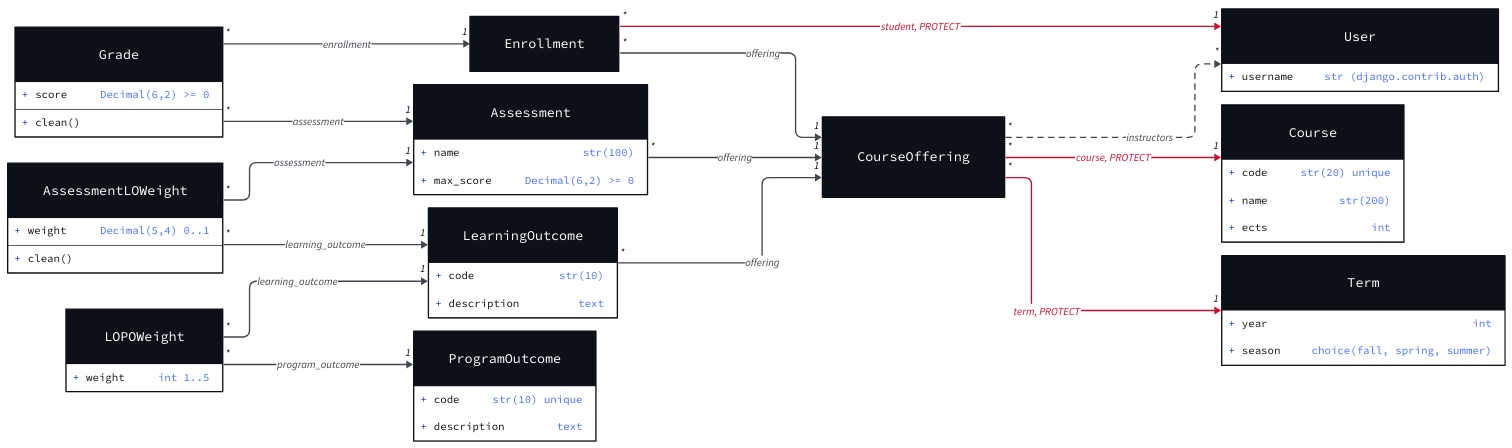
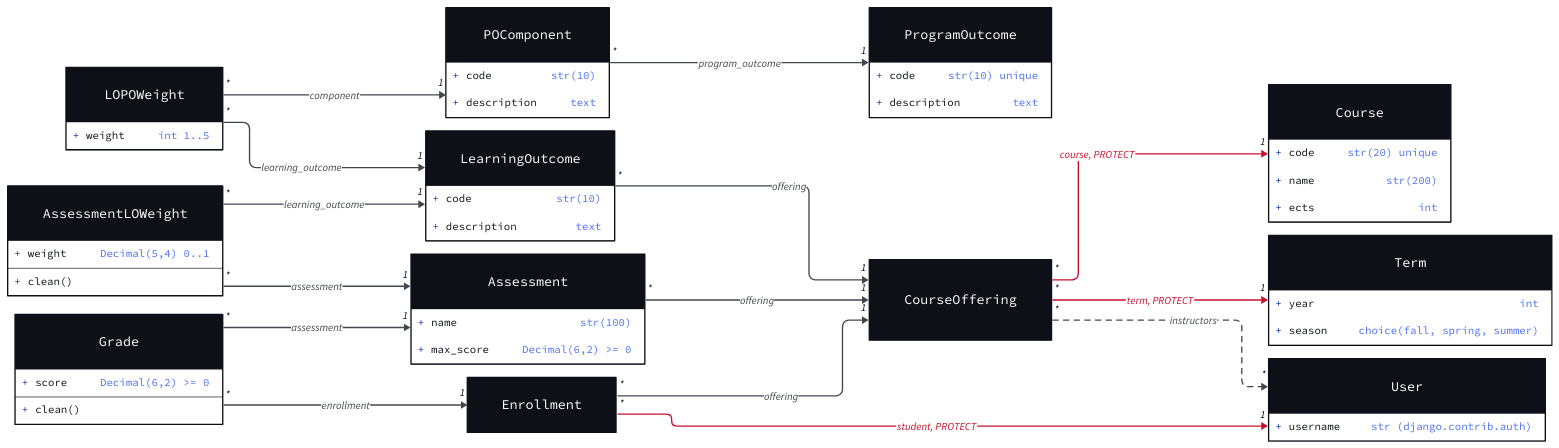
Before and after one commit to rmz-oz/aculator: the diagram in docs/classes.d2, drawn with D2. The commit also changed 13 other files, not shown here.

```diff
--- a/docs/classes.d2
+++ b/docs/classes.d2
@@ -27,6 +27,18 @@
 ProgramOutcome: {
   shape: class
   "code": "str(10) unique"
+  "description": "text"
+  style: {
+    fill: "#0D1117"
+    stroke: "#FFFFFF"
+    font-color: "#FFFFFF"
+    font-size: 16
+  }
+}
+
+POComponent: {
+  shape: class
+  "code": "str(10)"
   "description": "text"
   style: {
     fill: "#0D1117"
@@ -139,6 +151,11 @@
   }
 }
 
+POComponent -> ProgramOutcome: "program_outcome" {
+  source-arrowhead.label: "*"
+  target-arrowhead.label: "1"
+  style: {stroke: "#41464E"; stroke-width: 2; font-color: "#41464E"}
+}
 CourseOffering -> Course: "course, PROTECT" {
   source-arrowhead.label: "*"
   target-arrowhead.label: "1"
@@ -194,7 +211,7 @@
   target-arrowhead.label: "1"
   style: {stroke: "#41464E"; stroke-width: 2; font-color: "#41464E"}
 }
-LOPOWeight -> ProgramOutcome: "program_outcome" {
+LOPOWeight -> POComponent: "component" {
   source-arrowhead.label: "*"
   target-arrowhead.label: "1"
   style: {stroke: "#41464E"; stroke-width: 2; font-color: "#41464E"}
```
